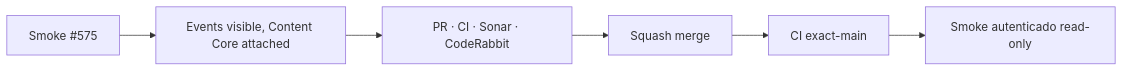
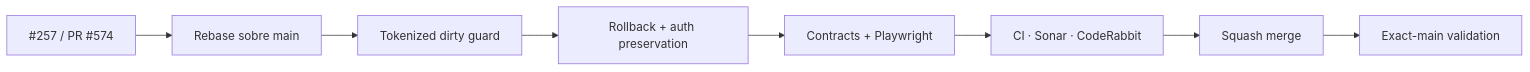
Before and after one commit to pl0n3r/brvtal: the diagram in README.md, drawn with Mermaid. The commit also changed other lines of this file and 16 other files, not shown here.

````diff
--- a/README.md
+++ b/README.md
@@ -47,8 +51,10 @@
 ```mermaid
 flowchart LR
- A["Smoke #575"] --> B["Events visible, Content Core attached"]
- B --> C["PR · CI · Sonar · CodeRabbit"]
- C --> D["Squash merge"]
- D --> E["CI exact-main"]
- E --> F["Smoke autenticado read-only"]
+ I["#257 / PR #574"] --> R["Rebase sobre main"]
+ R --> G["Tokenized dirty guard"]
+ G --> A["Rollback + auth preservation"]
+ A --> T["Contracts + Playwright"]
+ T --> P["CI · Sonar · CodeRabbit"]
+ P --> M["Squash merge"]
+ M --> X["Exact-main validation"]
 ```
````
